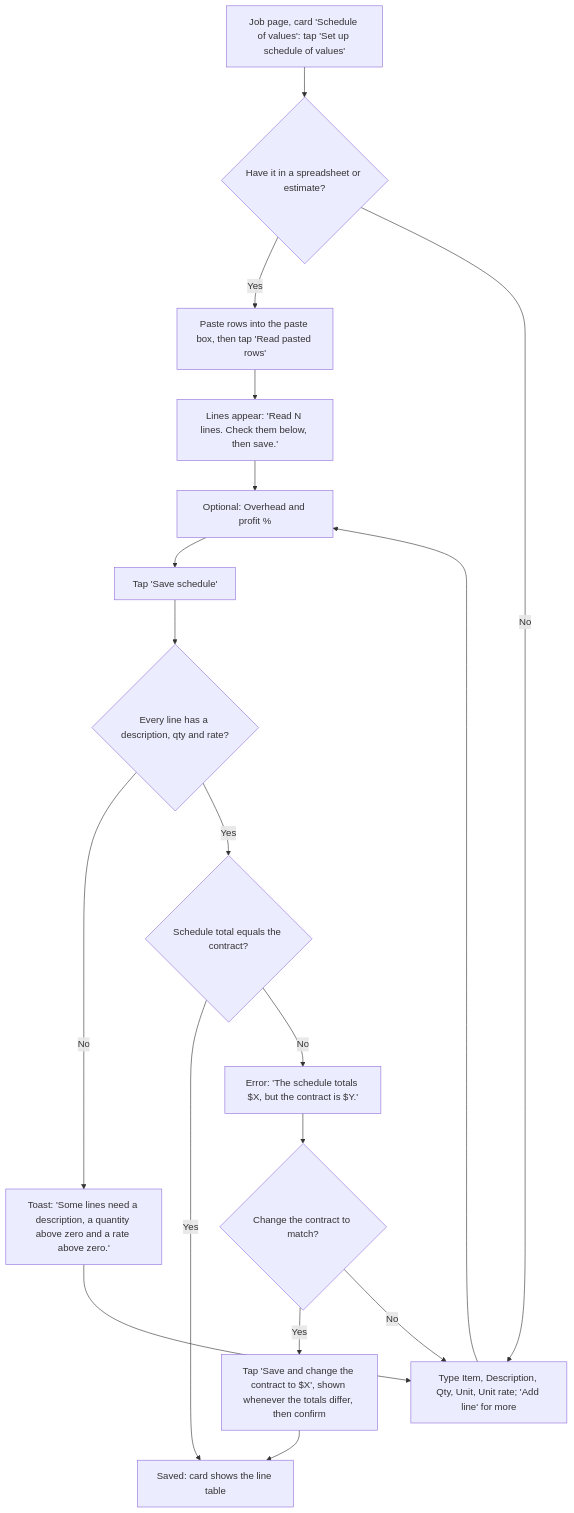
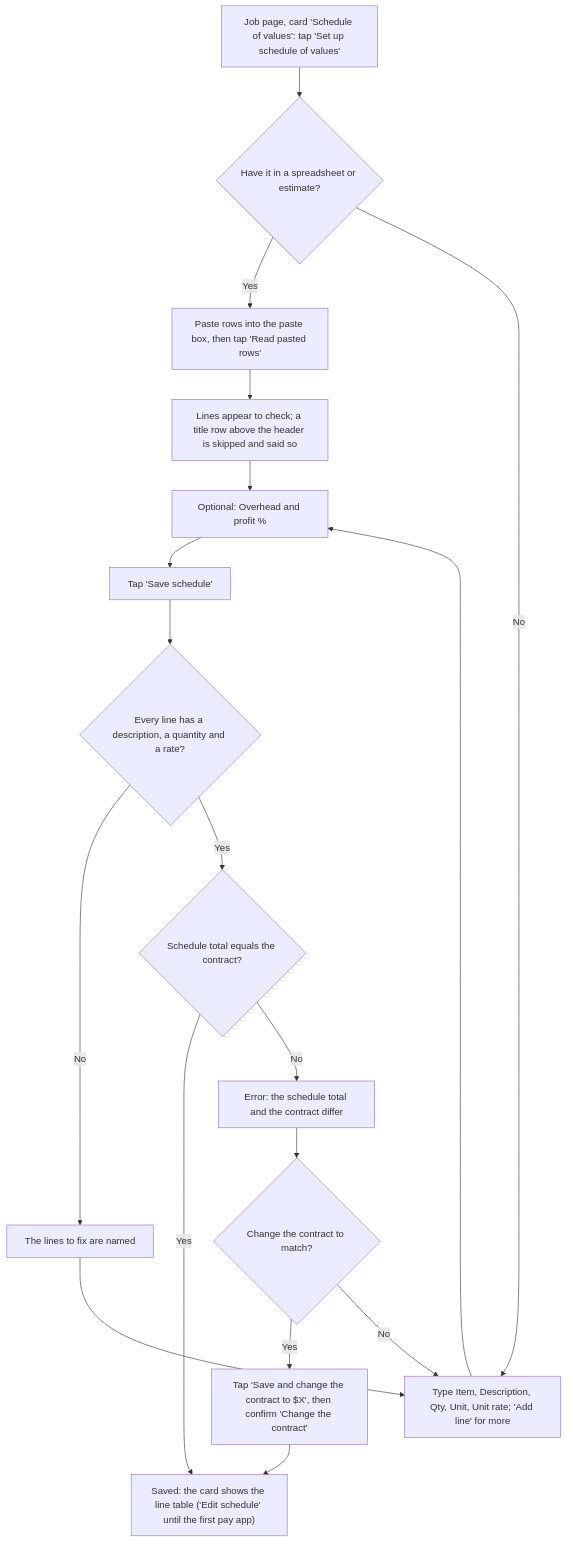
One commit to cartwrightstephen/billdable changed the fourth of 15 diagrams in docs/client-flows.md. Above: the diagram before and after it, drawn with Mermaid. The commit also changed other lines of this file and 15 other files, not shown here.

First line of the commit message:
Round 6: R6-11 wireframes and flows caught up with the app

````diff
--- a/docs/client-flows.md
+++ b/docs/client-flows.md
@@ -149,20 +148,20 @@
 ```mermaid
 flowchart TD
     A["Job page, card 'Schedule of values': tap 'Set up schedule of values'"] --> B{"Have it in a spreadsheet or estimate?"}
     B -->|"Yes"| C["Paste rows into the paste box, then tap 'Read pasted rows'"]
-    C --> D["Lines appear: 'Read N lines. Check them below, then save.'"]
+    C --> D["Lines appear to check; a title row above the header is skipped and said so"]
     B -->|"No"| E["Type Item, Description, Qty, Unit, Unit rate; 'Add line' for more"]
     D --> F["Optional: Overhead and profit %"]
     E --> F
     F --> G["Tap 'Save schedule'"]
-    G --> H{"Every line has a description, qty and rate?"}
-    H -->|"No"| I["Toast: 'Some lines need a description, a quantity above zero and a rate above zero.'"]
+    G --> H{"Every line has a description, a quantity and a rate?"}
+    H -->|"No"| I["The lines to fix are named"]
     I --> E
     H -->|"Yes"| J{"Schedule total equals the contract?"}
-    J -->|"Yes"| K["Saved: card shows the line table"]
-    J -->|"No"| L["Error: 'The schedule totals $X, but the contract is $Y.'"]
+    J -->|"Yes"| K["Saved: the card shows the line table ('Edit schedule' until the first pay app)"]
+    J -->|"No"| L["Error: the schedule total and the contract differ"]
     L --> M{"Change the contract to match?"}
-    M -->|"Yes"| N["Tap 'Save and change the contract to $X', shown whenever the totals differ, then confirm"]
+    M -->|"Yes"| N["Tap 'Save and change the contract to $X', then confirm 'Change the contract'"]
     M -->|"No"| E
     N --> K
 ```
````
